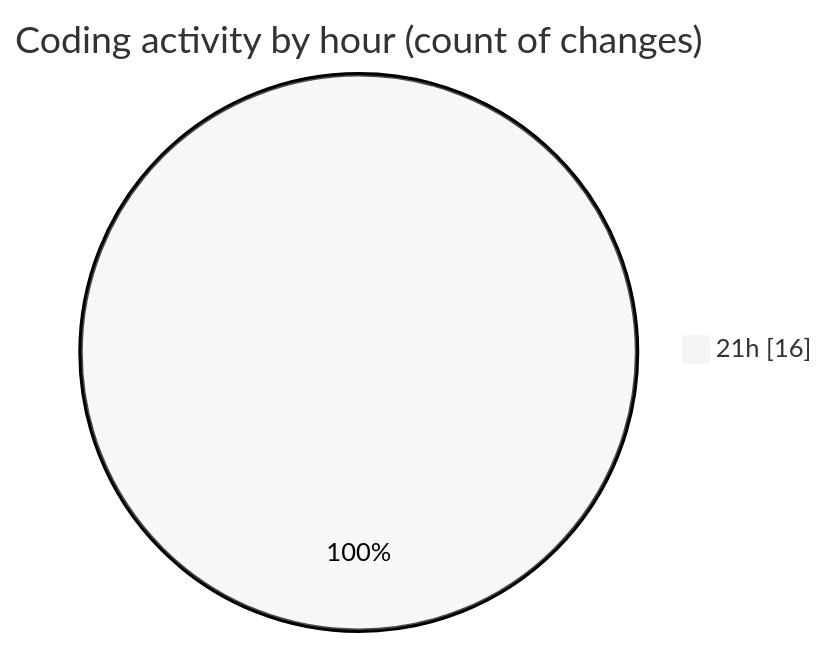
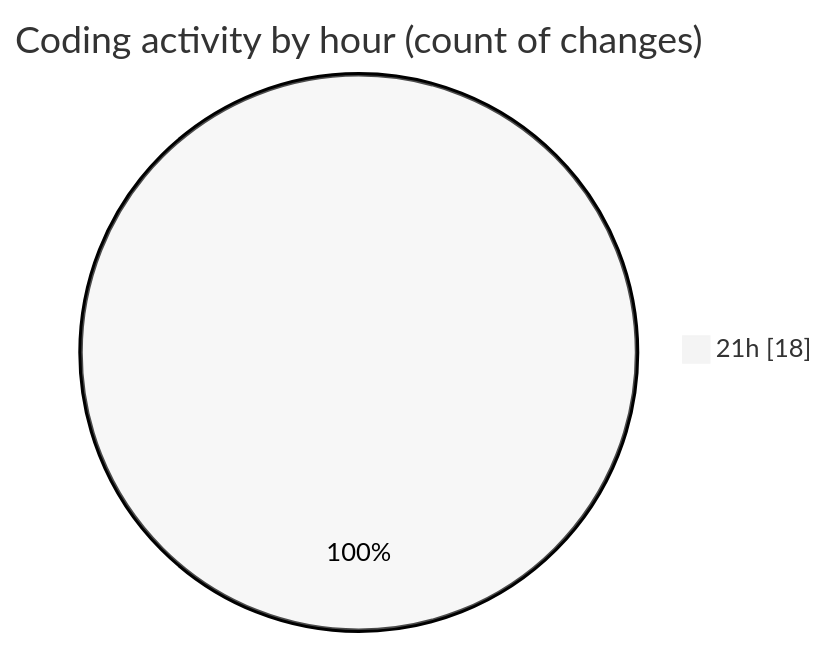
One commit to Ritupan-Deka/code-tracking changed the second of 2 diagrams in 2025-10-31/backend/README.md. Above: the diagram before and after it, drawn with Mermaid (neutral theme). The commit also changed other lines of this file and 1 other file, not shown here.

````diff
--- a/2025-10-31/backend/README.md
+++ b/2025-10-31/backend/README.md
@@ -32,5 +34,5 @@
 ```mermaid
 pie showData
 title Coding activity by hour (count of changes)
-"21h" : 16
+"21h" : 18
 ```
````
